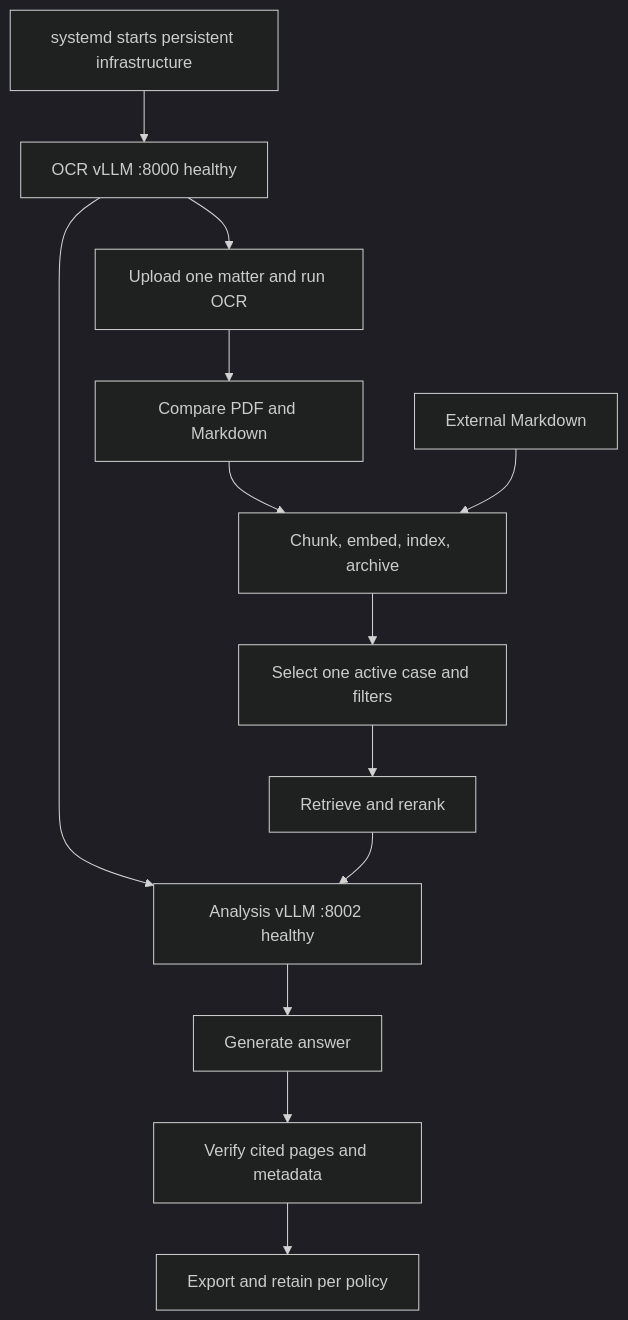
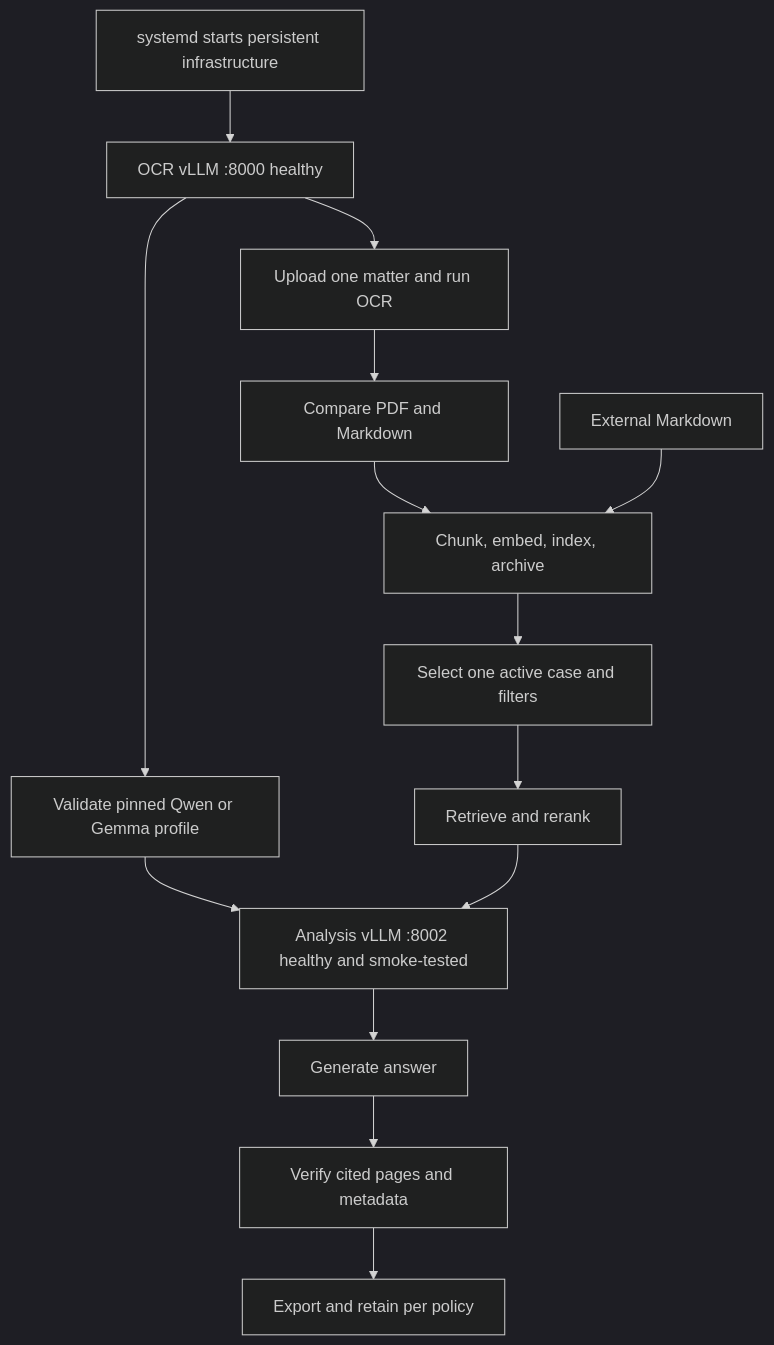
One commit to r70pro/CORAG changed the first of 2 diagrams in medicolegal_rag_guide.md. Above: the diagram before and after it, drawn with Mermaid (dark theme). The commit also changed other lines of this file and 23 other files, not shown here.

````diff
--- a/medicolegal_rag_guide.md
+++ b/medicolegal_rag_guide.md
@@ -37,15 +43,16 @@
 ```mermaid
 flowchart TD
     START[systemd starts persistent infrastructure] --> OCRMODEL[OCR vLLM :8000 healthy]
-    OCRMODEL --> ANALYSISMODEL[Analysis vLLM :8002 healthy]
+    OCRMODEL --> PROFILE[Validate pinned Qwen or Gemma profile]
+    PROFILE --> ANALYSISMODEL[Analysis vLLM :8002 healthy and smoke-tested]
     OCRMODEL --> OCR[Upload one matter and run OCR]
     OCR --> VERIFY[Compare PDF and Markdown]
     VERIFY --> INDEX[Chunk, embed, index, archive]
     EXT[External Markdown] --> INDEX
     INDEX --> SCOPE[Select one active case and filters]
     SCOPE --> ASK[Retrieve and rerank]
     ASK --> ANALYSISMODEL
     ANALYSISMODEL --> CHECK[Generate answer]
     CHECK --> VERIFYCLAIMS[Verify cited pages and metadata]
     VERIFYCLAIMS --> EXPORT[Export and retain per policy]
 ```
````
